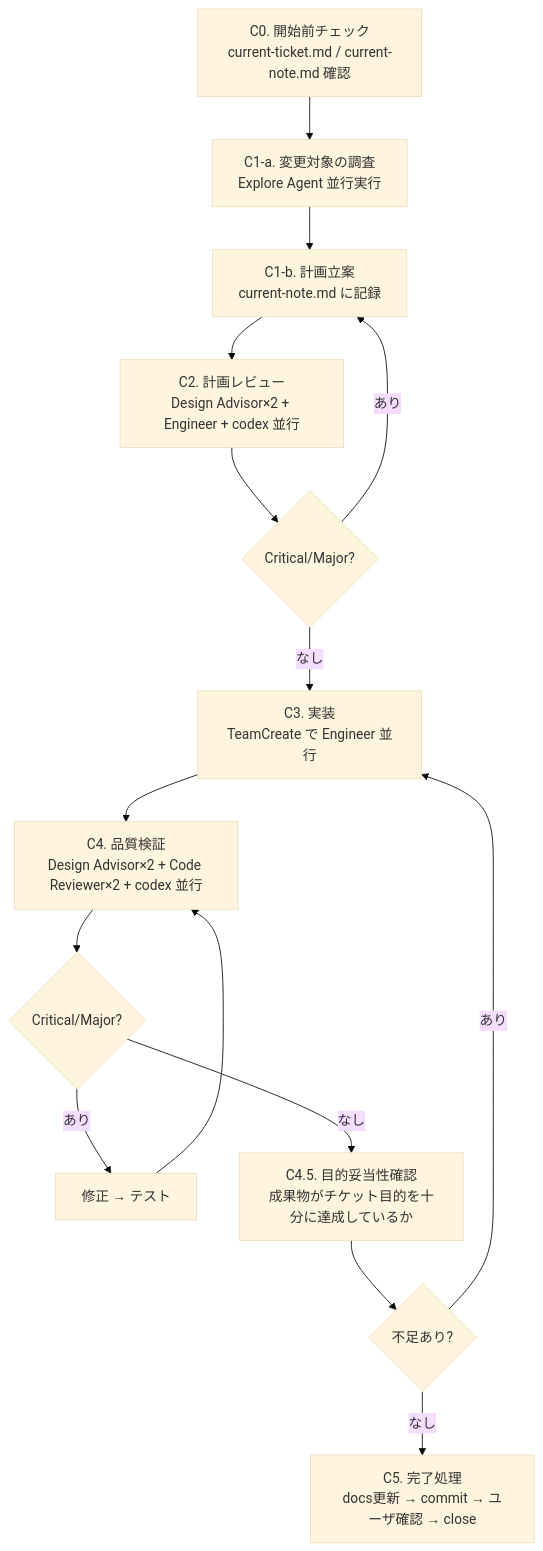
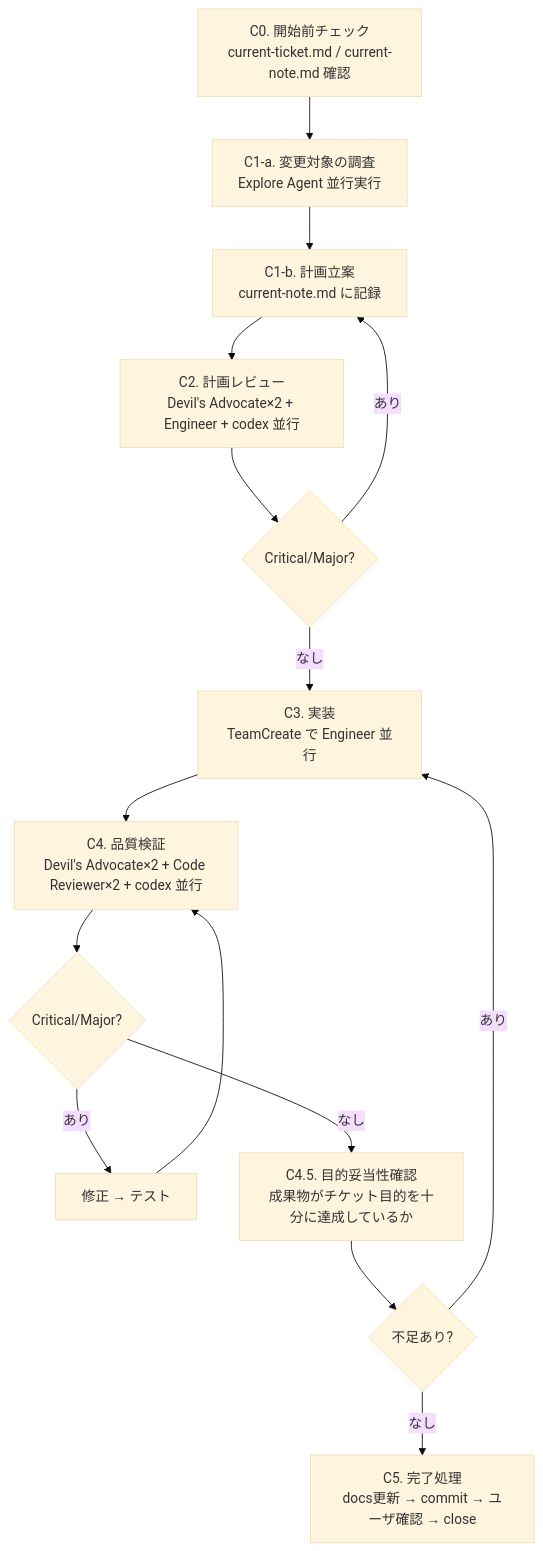
One commit to masuidrive/pdh changed the second of 3 diagrams in skills/pdh-dev/SKILL.md. Above: the diagram before and after it, drawn with Mermaid (base theme). The commit also changed other lines of this file and 1 other file, not shown here.

Commit message:
fix: Design Advisor → Devil's Advocate に修正、テスト設計ルールの重複行を整理

````diff
--- a/skills/pdh-dev/SKILL.md
+++ b/skills/pdh-dev/SKILL.md
@@ -50,17 +50,17 @@
 ```mermaid
 flowchart TD
     C0["C0. 開始前チェック<br/>current-ticket.md / current-note.md 確認"] --> C1a
     C1a["C1-a. 変更対象の調査<br/>Explore Agent 並行実行"] --> C1b
     C1b["C1-b. 計画立案<br/>current-note.md に記録"] --> C2
-    C2["C2. 計画レビュー<br/>Design Advisor×2 + Engineer + codex 並行"] --> C2q{"Critical/Major?"}
+    C2["C2. 計画レビュー<br/>Devil's Advocate×2 + Engineer + codex 並行"] --> C2q{"Critical/Major?"}
     C2q -- "あり" --> C1b
     C2q -- "なし" --> C3
     C3["C3. 実装<br/>TeamCreate で Engineer 並行"] --> C4
-    C4["C4. 品質検証<br/>Design Advisor×2 + Code Reviewer×2 + codex 並行"] --> C4q{"Critical/Major?"}
+    C4["C4. 品質検証<br/>Devil's Advocate×2 + Code Reviewer×2 + codex 並行"] --> C4q{"Critical/Major?"}
     C4q -- "あり" --> C4fix["修正 → テスト"] --> C4
     C4q -- "なし" --> C45
     C45["C4.5. 目的妥当性確認<br/>成果物がチケット目的を十分に達成しているか"] --> C45q{"不足あり?"}
     C45q -- "あり" --> C3
     C45q -- "なし" --> C5
     C5["C5. 完了処理<br/>docs更新 → commit → ユーザ確認 → close"]
 ```
````
